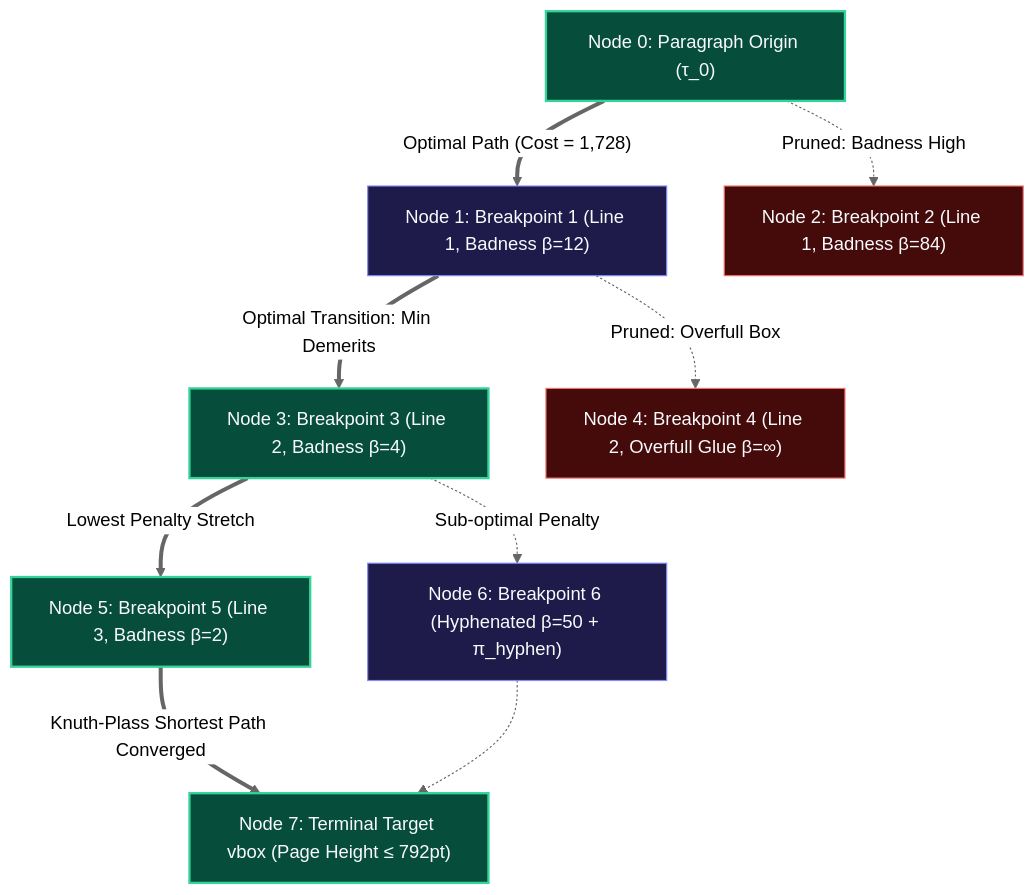
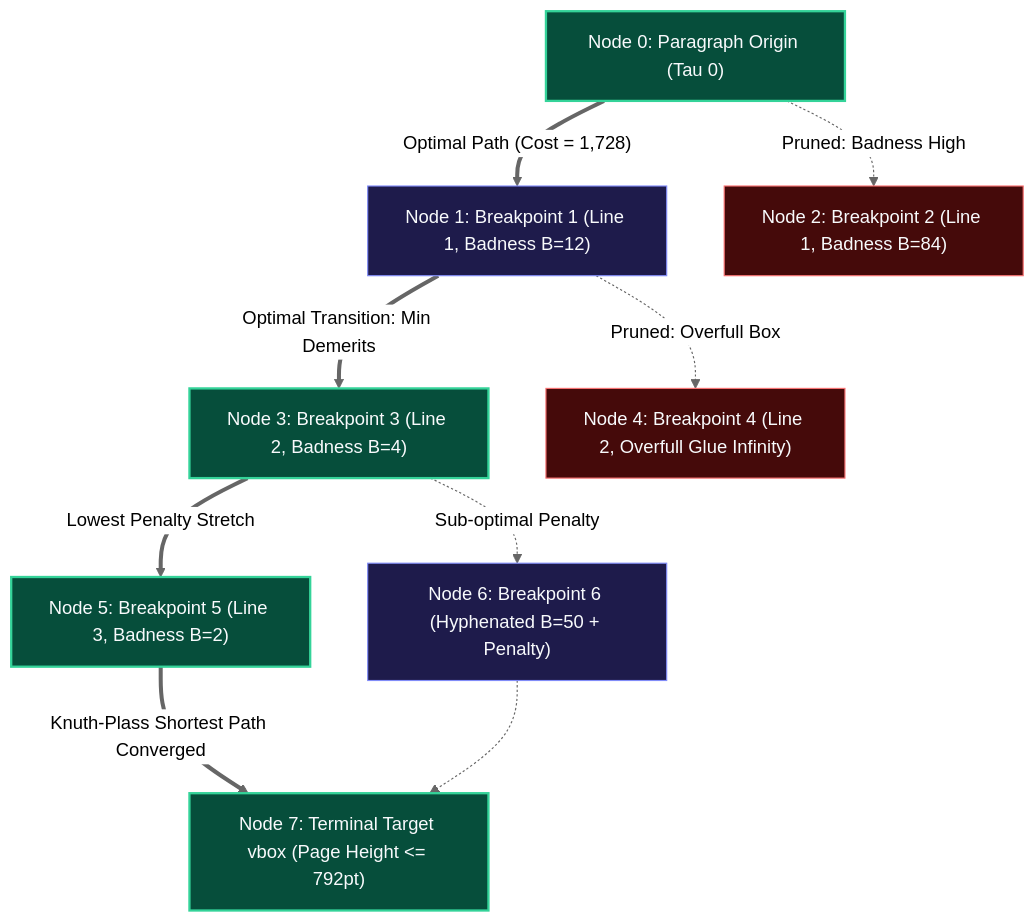
Before and after one commit to DevKano98/ResumeForge: the fifth of 6 diagrams in README.md, drawn with Mermaid (neutral theme). The commit also changed other lines of this file, not shown here.

Commit message:
docs: restructure all Mermaid diagrams into vertical mobile-first pipelines with ASCII labels

````diff
--- a/README.md
+++ b/README.md
@@ -283,24 +292,24 @@
 ```mermaid
 graph TD
     classDef opt fill:#064e3b,stroke:#34d399,stroke-width:2px,color:#f8fafc;
     classDef bp fill:#1e1b4b,stroke:#818cf8,stroke-width:1px,color:#f8fafc;
     classDef prune fill:#450a0a,stroke:#f87171,stroke-width:1px,color:#f8fafc;
 
-    Node0["Node 0: Paragraph Origin (τ_0)"]:::opt
-    Node1["Node 1: Breakpoint 1 (Line 1, Badness β=12)"]:::bp
-    Node2["Node 2: Breakpoint 2 (Line 1, Badness β=84)"]:::prune
-    Node3["Node 3: Breakpoint 3 (Line 2, Badness β=4)"]:::opt
-    Node4["Node 4: Breakpoint 4 (Line 2, Overfull Glue β=∞)"]:::prune
-    Node5["Node 5: Breakpoint 5 (Line 3, Badness β=2)"]:::opt
-    Node6["Node 6: Breakpoint 6 (Hyphenated β=50 + π_hyphen)"]:::bp
-    Node7["Node 7: Terminal Target vbox (Page Height ≤ 792pt)"]:::opt
+    Node0["Node 0: Paragraph Origin (Tau 0)"]:::opt
+    Node1["Node 1: Breakpoint 1 (Line 1, Badness B=12)"]:::bp
+    Node2["Node 2: Breakpoint 2 (Line 1, Badness B=84)"]:::prune
+    Node3["Node 3: Breakpoint 3 (Line 2, Badness B=4)"]:::opt
+    Node4["Node 4: Breakpoint 4 (Line 2, Overfull Glue Infinity)"]:::prune
+    Node5["Node 5: Breakpoint 5 (Line 3, Badness B=2)"]:::opt
+    Node6["Node 6: Breakpoint 6 (Hyphenated B=50 + Penalty)"]:::bp
+    Node7["Node 7: Terminal Target vbox (Page Height <= 792pt)"]:::opt
 
     Node0 ==>|"Optimal Path (Cost = 1,728)"| Node1
     Node0 -.->|"Pruned: Badness High"| Node2
     Node1 ==>|"Optimal Transition: Min Demerits"| Node3
     Node1 -.->|"Pruned: Overfull Box"| Node4
     Node3 ==>|"Lowest Penalty Stretch"| Node5
     Node3 -.->|"Sub-optimal Penalty"| Node6
     Node5 ==>|"Knuth-Plass Shortest Path Converged"| Node7
     Node6 -.-> Node7
 ```
````
